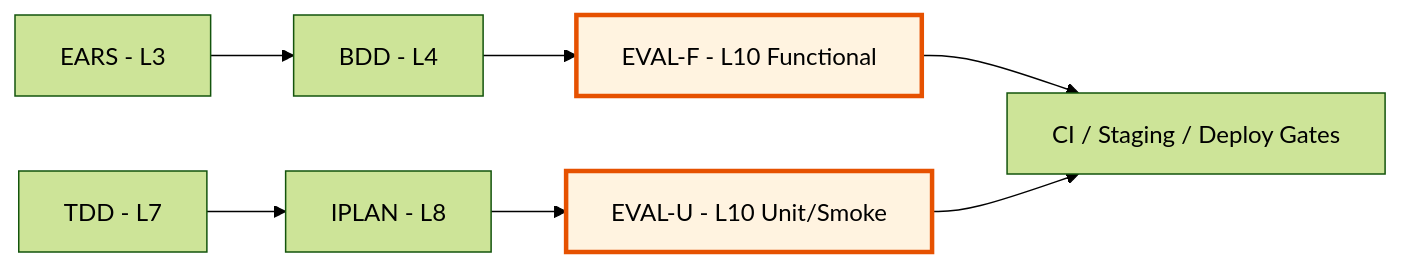
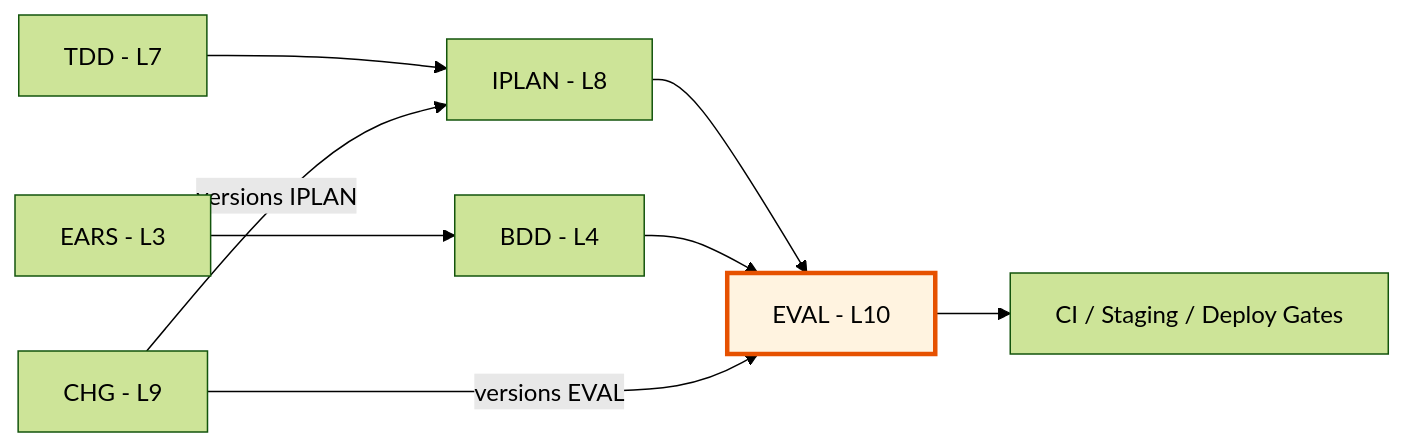
The diagram in framework/layers/10_EVAL/README.md (vladm3105/aidoc-flow-framework), drawn with Mermaid (forest theme) before and after one commit. The commit also changed other lines of this file and 8 other files, not shown here.

First line of the commit message:
feat: per-IPLAN EVAL architecture with self-contained RPT reports

````diff
--- a/framework/layers/10_EVAL/README.md
+++ b/framework/layers/10_EVAL/README.md
@@ -56,11 +94,11 @@
 ```mermaid
 flowchart LR
     TDD[TDD - L7] --> IPLAN[IPLAN - L8]
-    IPLAN --> EVAL-U[EVAL-U - L10 Unit/Smoke]
+    IPLAN --> EVAL[EVAL - L10]
     EARS[EARS - L3] --> BDD[BDD - L4]
-    BDD --> EVAL-F[EVAL-F - L10 Functional]
-    EVAL-F --> GATES[CI / Staging / Deploy Gates]
-    EVAL-U --> GATES
-    style EVAL-F fill:#fff3e0,stroke:#e65100,stroke-width:3px
-    style EVAL-U fill:#fff3e0,stroke:#e65100,stroke-width:3px
+    BDD --> EVAL
+    EVAL --> GATES[CI / Staging / Deploy Gates]
+    CHG[CHG - L9] -->|versions IPLAN| IPLAN
+    CHG -->|versions EVAL| EVAL
+    style EVAL fill:#fff3e0,stroke:#e65100,stroke-width:3px
 ```
````
